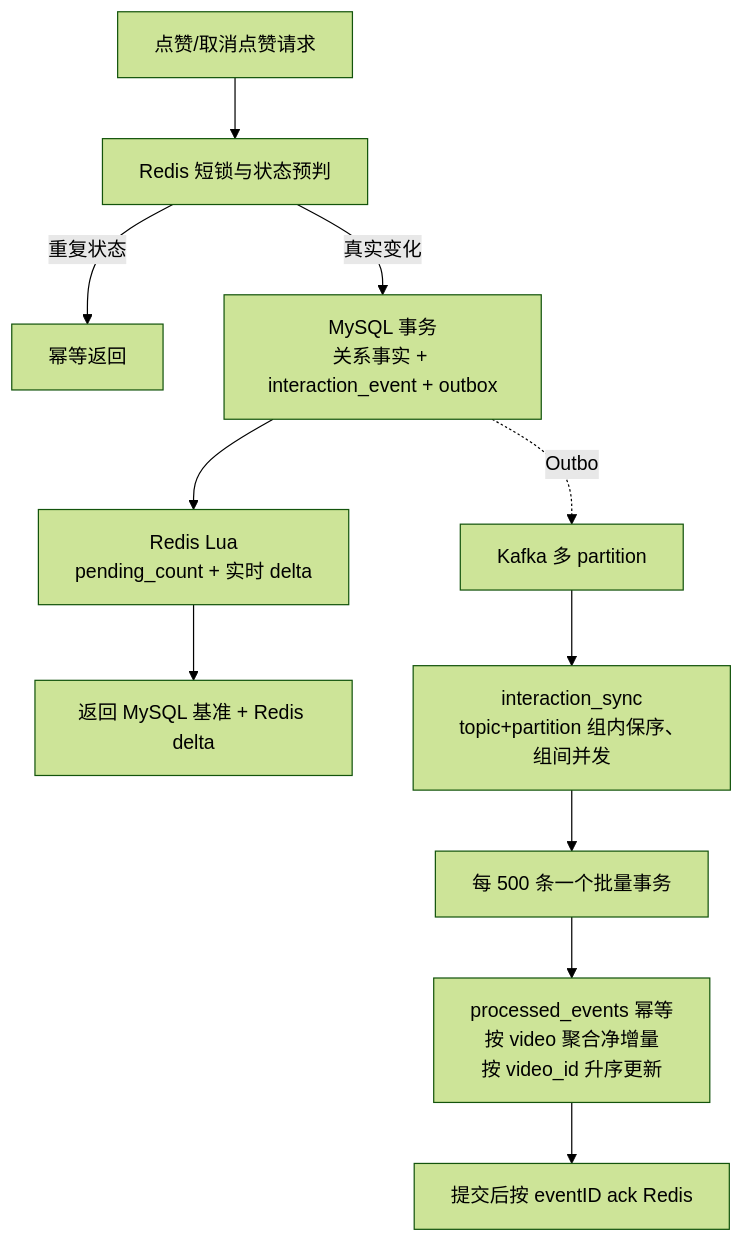
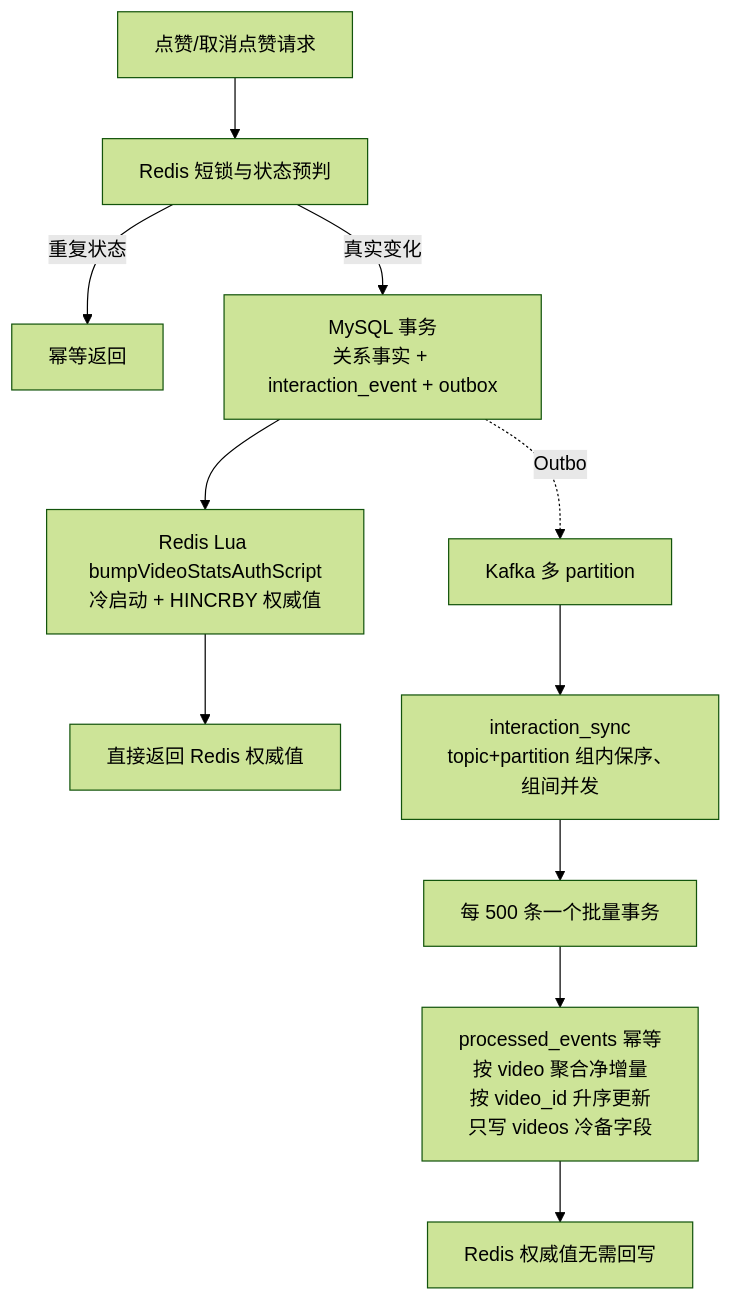
Diagram 13 of 23 in docs/PROJECT_OVERVIEW.md (Redeemz473/feedsystem-zero), drawn with Mermaid (forest theme) before and after one commit. The commit also changed other lines of this file and 16 other files, not shown here.

First line of the commit message:
refactor(interaction): switch video stats to Redis-authoritative Hash (Plan B) and update docs

````diff
--- a/docs/PROJECT_OVERVIEW.md
+++ b/docs/PROJECT_OVERVIEW.md
@@ -2086,13 +2058,13 @@
 ```mermaid
 flowchart TD
     A[点赞/取消点赞请求] --> B[Redis 短锁与状态预判]
     B -->|重复状态| C[幂等返回]
     B -->|真实变化| D[MySQL 事务<br/>关系事实 + interaction_event + outbox]
-    D --> E[Redis Lua<br/>pending_count + 实时 delta]
-    E --> F[返回 MySQL 基准 + Redis delta]
+    D --> E[Redis Lua bumpVideoStatsAuthScript<br/>冷启动 + HINCRBY 权威值]
+    E --> F[直接返回 Redis 权威值]
     D -.Outbox.-> K[Kafka 多 partition]
     K --> G[interaction_sync<br/>topic+partition 组内保序、组间并发]
     G --> H[每 500 条一个批量事务]
-    H --> I[processed_events 幂等<br/>按 video 聚合净增量<br/>按 video_id 升序更新]
-    I --> J[提交后按 eventID ack Redis]
+    H --> I[processed_events 幂等<br/>按 video 聚合净增量<br/>按 video_id 升序更新<br/>只写 videos 冷备字段]
+    I --> J[Redis 权威值无需回写]
 ```
````
